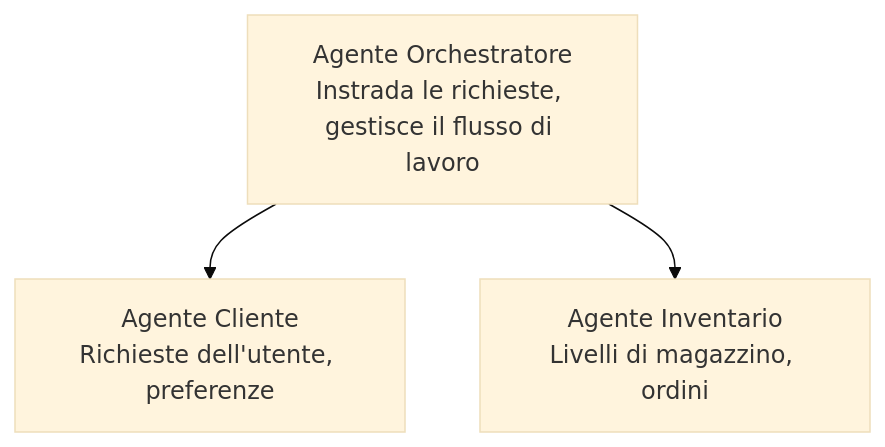
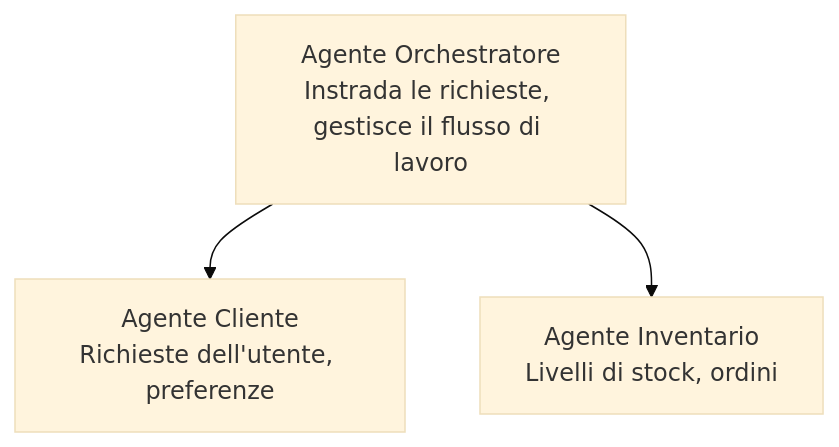
Before and after one commit to microsoft/AZD-for-beginners: the diagram in translations/it/docs/chapter-05-multi-agent/README.md, drawn with Mermaid (base theme). The commit also changed other lines of this file and 61 other files, not shown here.

````diff
--- a/translations/it/docs/chapter-05-multi-agent/README.md
+++ b/translations/it/docs/chapter-05-multi-agent/README.md
@@ -54,5 +54,5 @@
 ```mermaid
 graph TD
     Orchestrator[Agente Orchestratore<br/>Instrada le richieste, gestisce il flusso di lavoro] --> Customer[Agente Cliente<br/>Richieste dell'utente, preferenze]
-    Orchestrator --> Inventory[Agente Inventario<br/>Livelli di magazzino, ordini]
+    Orchestrator --> Inventory[Agente Inventario<br/>Livelli di stock, ordini]
 ```
````
